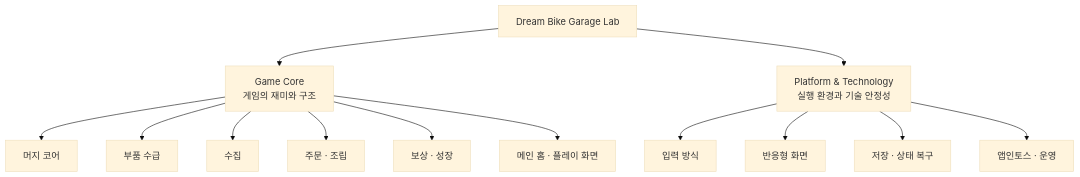
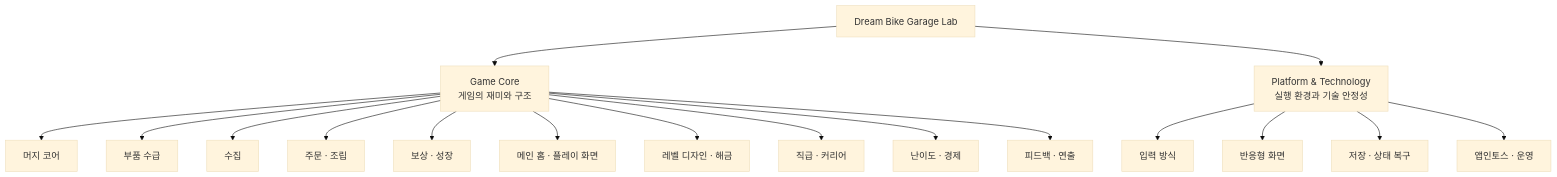
One commit to aigemro/dream-bike-garage-lab changed the first of 4 diagrams in docs/LAB_PROTOTYPE_MAP.md. Above: the diagram before and after it, drawn with Mermaid (base theme). The commit also changed other lines of this file and 17 other files, not shown here.

````diff
--- a/docs/LAB_PROTOTYPE_MAP.md
+++ b/docs/LAB_PROTOTYPE_MAP.md
@@ -19,18 +19,22 @@
 ```mermaid
 flowchart TB
     LAB["Dream Bike Garage Lab"]
     LAB --> CORE["Game Core<br/>게임의 재미와 구조"]
     LAB --> PLATFORM["Platform & Technology<br/>실행 환경과 기술 안정성"]
 
     CORE --> MERGE["머지 코어"]
     CORE --> SUPPLY["부품 수급"]
     CORE --> COLLECTION["수집"]
     CORE --> ORDER["주문 · 조립"]
     CORE --> REWARD["보상 · 성장"]
     CORE --> HOME["메인 홈 · 플레이 화면"]
+    CORE --> LEVEL["레벨 디자인 · 해금"]
+    CORE --> CAREER["직급 · 커리어"]
+    CORE --> ECONOMY["난이도 · 경제"]
+    CORE --> FEEDBACK["피드백 · 연출"]
 
     PLATFORM --> INPUT["입력 방식"]
     PLATFORM --> RESPONSIVE["반응형 화면"]
     PLATFORM --> SAVE["저장 · 상태 복구"]
     PLATFORM --> TOSS["앱인토스 · 운영"]
 ```
````
